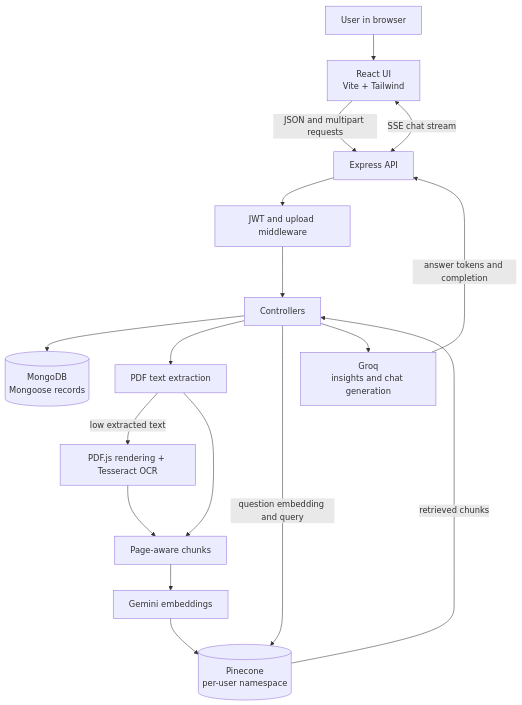
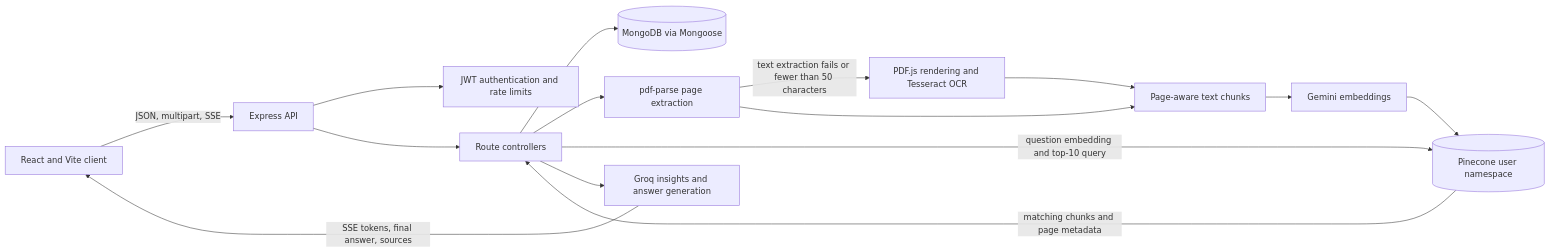
One commit to ankush033/PrepGenius-AI changed the diagram in README.md. Above: the diagram before and after it, drawn with Mermaid. The commit also changed other lines of this file, not shown here.

````diff
--- a/README.md
+++ b/README.md
@@ -46,19 +22,17 @@
 ```mermaid
-flowchart TD
-    U[User in browser] --> UI[React UI<br/>Vite + Tailwind]
-    UI -->|JSON and multipart requests| API[Express API]
-    UI <-->|SSE chat stream| API
-    API --> AUTH[JWT and upload middleware]
-    AUTH --> C[Controllers]
-    C --> M[(MongoDB<br/>Mongoose records)]
-    C --> PDF[PDF text extraction]
-    PDF -->|low extracted text| OCR[PDF.js rendering + Tesseract OCR]
-    PDF --> CH[Page-aware chunks]
-    OCR --> CH
-    CH --> EMB[Gemini embeddings]
-    EMB --> PC[(Pinecone<br/>per-user namespace)]
-    C -->|question embedding and query| PC
-    PC -->|retrieved chunks| C
-    C --> GROQ[Groq<br/>insights and chat generation]
-    GROQ -->|answer tokens and completion| API
+flowchart LR
+    Browser[React and Vite client] -->|JSON, multipart, SSE| API[Express API]
+    API --> Auth[JWT authentication and rate limits]
+    API --> Controllers[Route controllers]
+    Controllers --> Mongo[(MongoDB via Mongoose)]
+    Controllers --> PDF[pdf-parse page extraction]
+    PDF -->|text extraction fails or fewer than 50 characters| OCR[PDF.js rendering and Tesseract OCR]
+    PDF --> Chunk[Page-aware text chunks]
+    OCR --> Chunk
+    Chunk --> Gemini[Gemini embeddings]
+    Gemini --> Pinecone[(Pinecone user namespace)]
+    Controllers -->|question embedding and top-10 query| Pinecone
+    Pinecone -->|matching chunks and page metadata| Controllers
+    Controllers --> Groq[Groq insights and answer generation]
+    Groq -->|SSE tokens, final answer, sources| Browser
 ```
````
